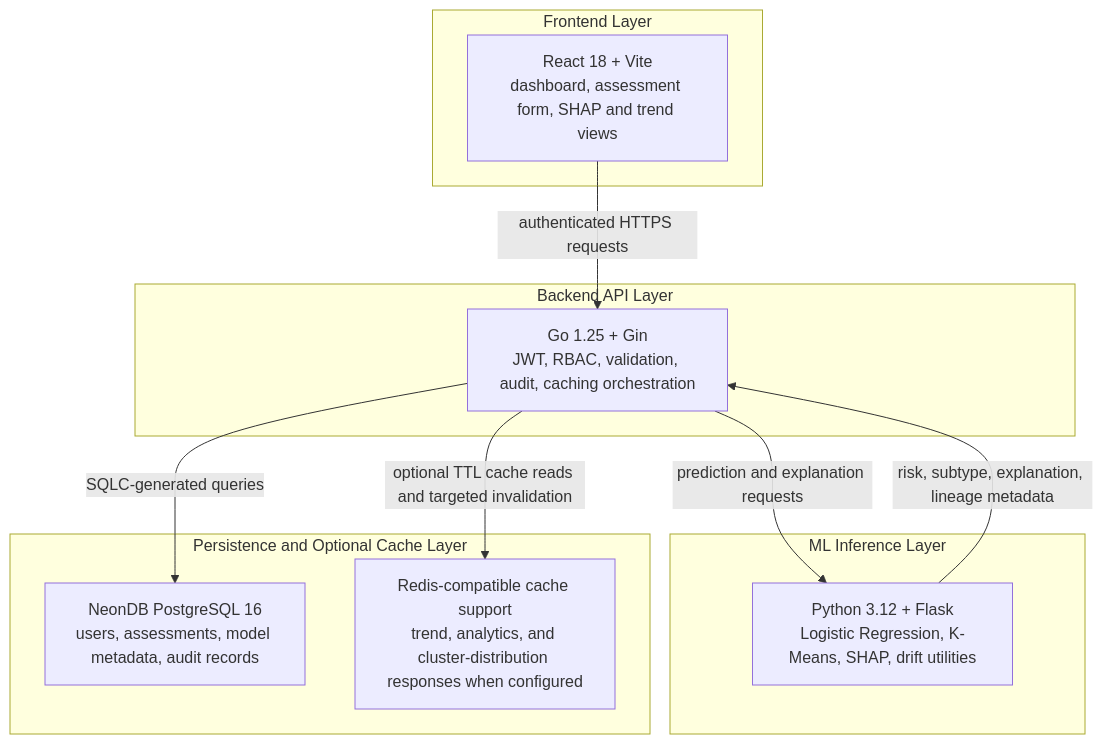
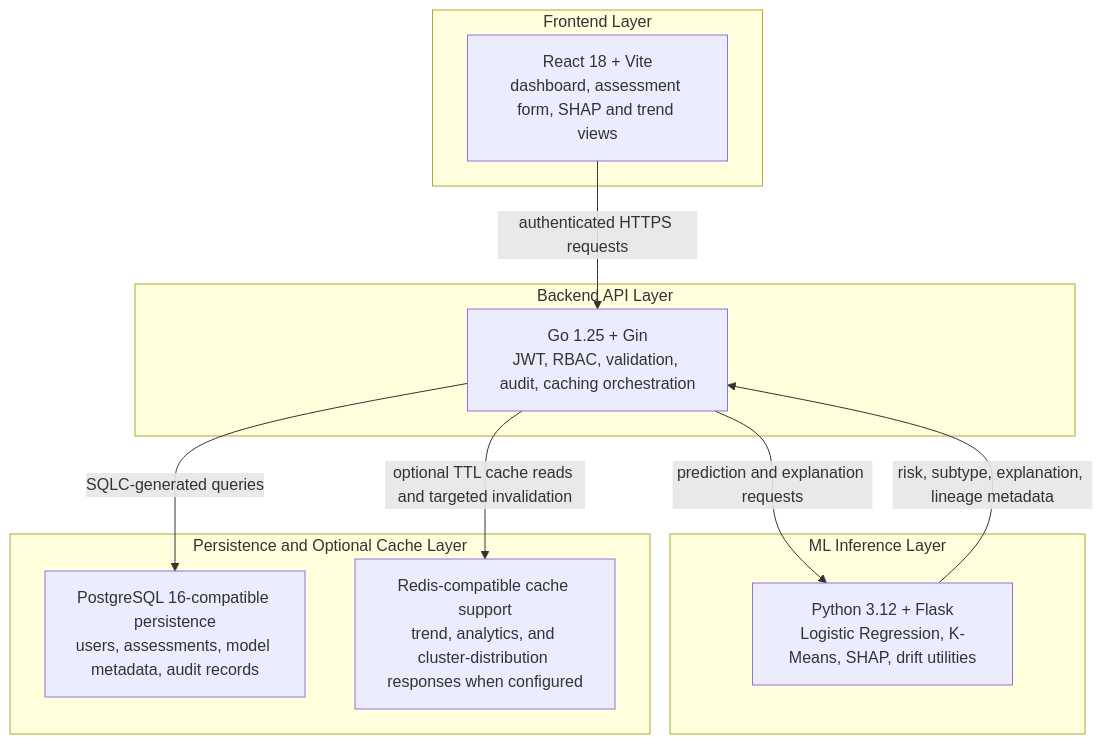
One commit to Skufu/DianaV2 changed the third of 5 diagrams in docs/07-research/thesis-drafts/ch3+4-final-academic-draft.md. Above: the diagram before and after it, drawn with Mermaid. The commit also changed other lines of this file and 22 other files, not shown here.

````diff
--- a/docs/07-research/thesis-drafts/ch3+4-final-academic-draft.md
+++ b/docs/07-research/thesis-drafts/ch3+4-final-academic-draft.md
@@ -263,25 +287,25 @@
 ```mermaid
 flowchart TB
     subgraph Client["Frontend Layer"]
         A["React 18 + Vite<br/>dashboard, assessment form, SHAP and trend views"]
     end
 
     subgraph API["Backend API Layer"]
         B["Go 1.25 + Gin<br/>JWT, RBAC, validation, audit, caching orchestration"]
     end
 
     subgraph ML["ML Inference Layer"]
         C["Python 3.12 + Flask<br/>Logistic Regression, K-Means, SHAP, drift utilities"]
     end
 
     subgraph Data["Persistence and Optional Cache Layer"]
-        D["NeonDB PostgreSQL 16<br/>users, assessments, model metadata, audit records"]
+        D["PostgreSQL 16-compatible persistence<br/>users, assessments, model metadata, audit records"]
         E["Redis-compatible cache support<br/>trend, analytics, and cluster-distribution responses when configured"]
     end
 
     A -->|"authenticated HTTPS requests"| B
     B -->|"prediction and explanation requests"| C
     C -->|"risk, subtype, explanation, lineage metadata"| B
     B -->|"SQLC-generated queries"| D
     B -->|"optional TTL cache reads and targeted invalidation"| E
 ```
````
